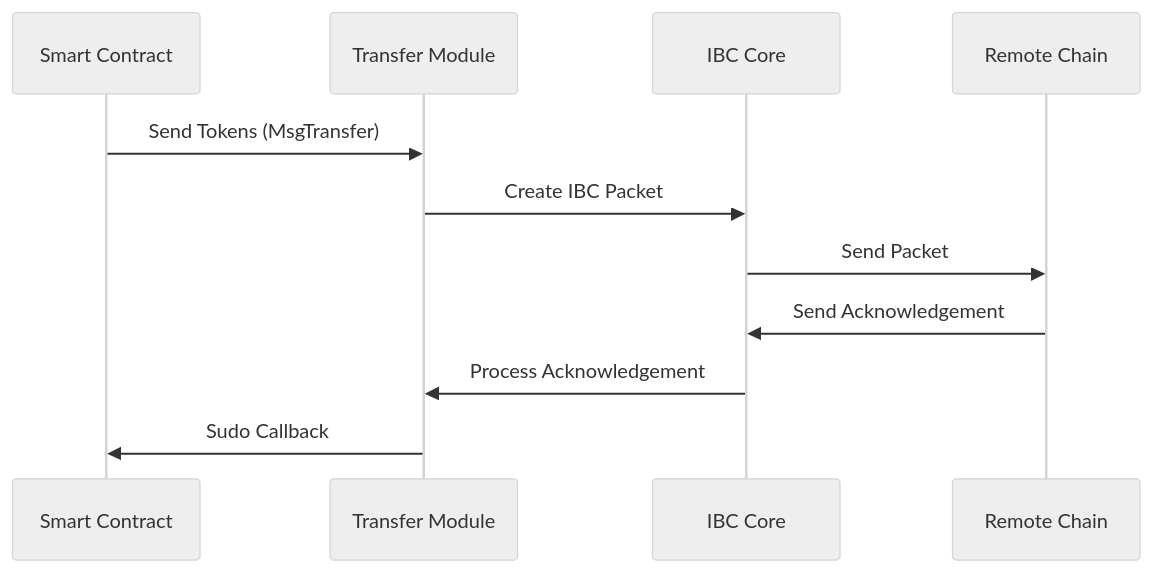
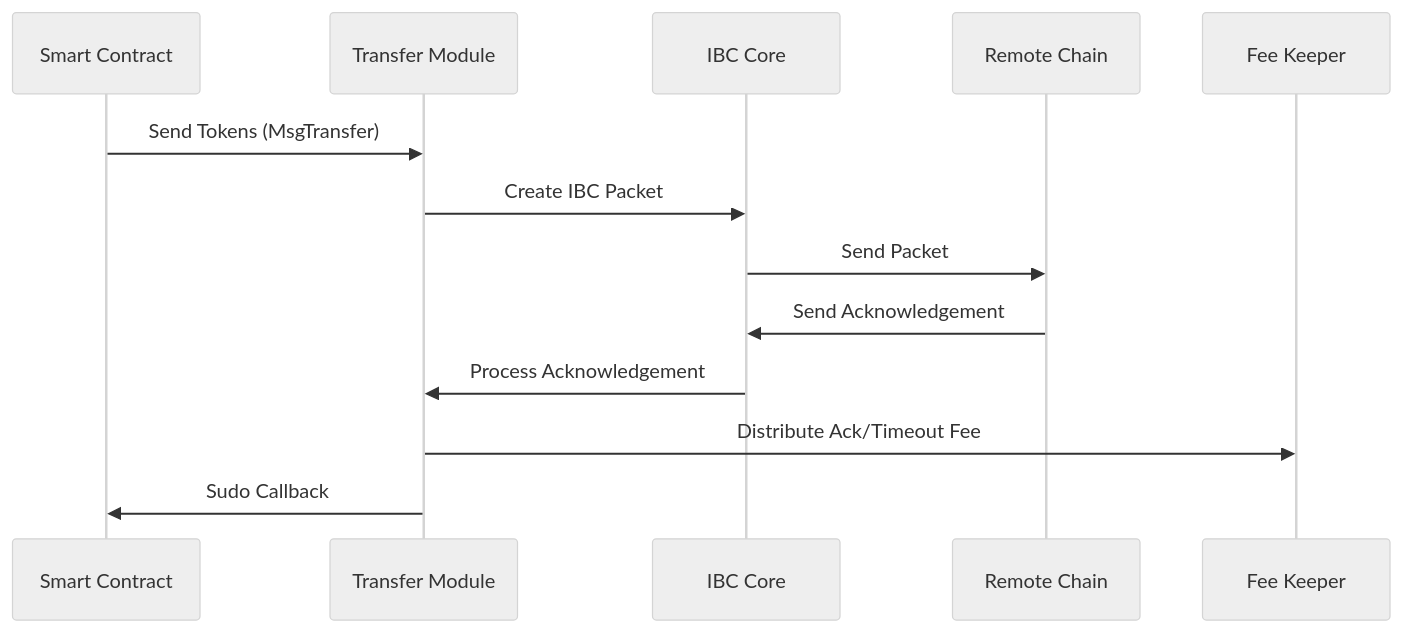
The second of 4 diagrams in developers/modules/transfer/explanation.mdx (neutron-org/neutron-docs), drawn with Mermaid (neutral theme) before and after one commit. The commit also changed other lines of this file and 5 other files, not shown here.

````diff
--- a/developers/modules/transfer/explanation.mdx
+++ b/developers/modules/transfer/explanation.mdx
@@ -56,14 +56,16 @@
 ```mermaid
 sequenceDiagram
     participant Contract as Smart Contract
     participant Transfer as Transfer Module
     participant IBC as IBC Core
     participant Remote as Remote Chain
+    participant FeeKeeper as Fee Keeper
     
     Contract->>Transfer: Send Tokens (MsgTransfer)
     Transfer->>IBC: Create IBC Packet
     IBC->>Remote: Send Packet
     Remote->>IBC: Send Acknowledgement
     IBC->>Transfer: Process Acknowledgement
+    Transfer->>FeeKeeper: Distribute Ack/Timeout Fee
     Transfer->>Contract: Sudo Callback
 ```
````
